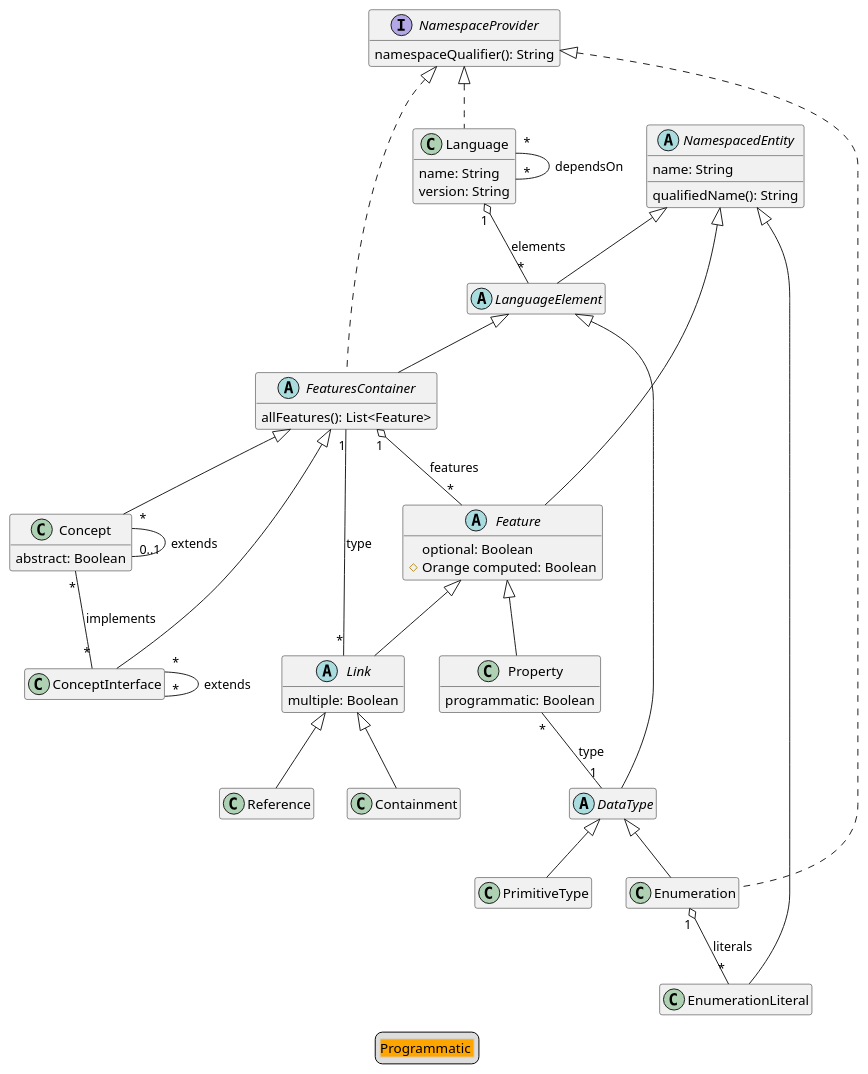
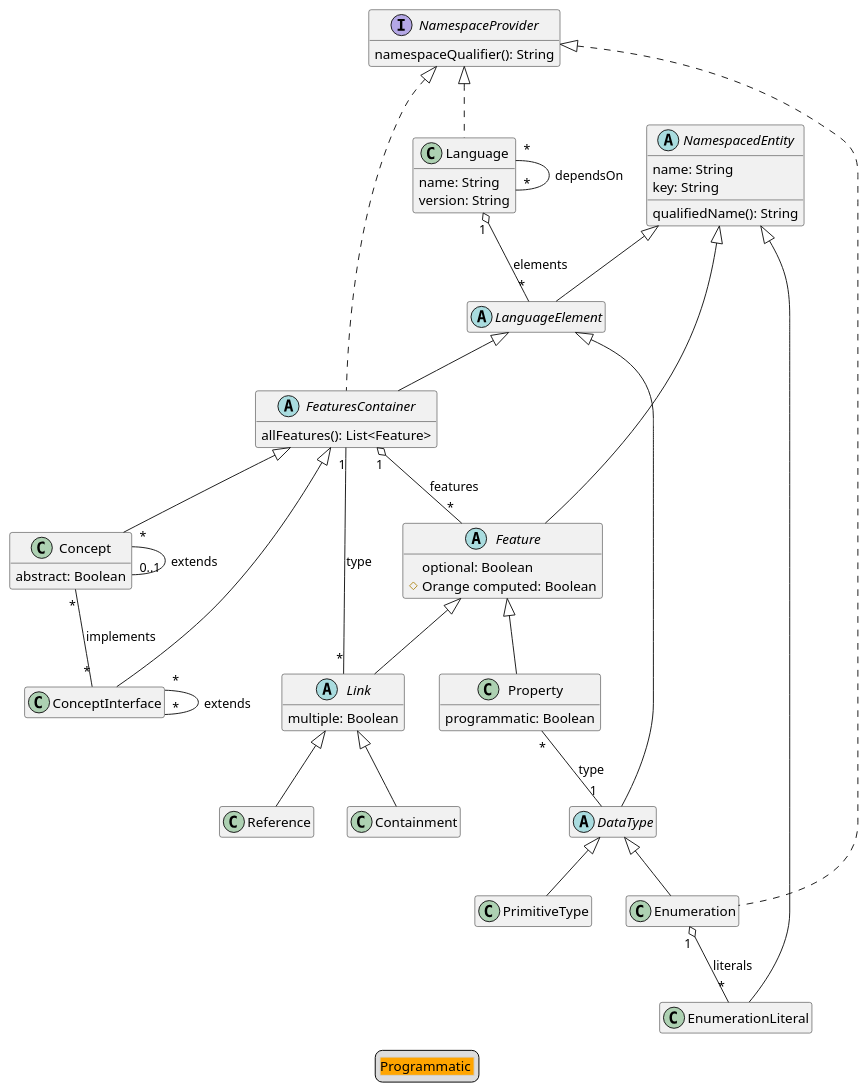
The diagram in diagrams/metametamodel-gen.puml (LionWeb-io/lionweb-typescript), drawn with PlantUML before and after one commit. The commit also changed 7 other files, not shown here.

```diff
--- a/diagrams/metametamodel-gen.puml
+++ b/diagrams/metametamodel-gen.puml
@@ -1,84 +1,85 @@
 @startuml
 hide empty members
 
 ' qualified name: "LIonCore.M3"
 
 
 class Concept extends FeaturesContainer {
   abstract: Boolean
 }
 
 class ConceptInterface extends FeaturesContainer
 
 class Containment extends Link
 
 abstract class DataType extends LanguageElement
 
 class Enumeration extends DataType implements NamespaceProvider
 
 class EnumerationLiteral extends NamespacedEntity
 
 abstract class Feature extends NamespacedEntity {
   optional: Boolean
   #Orange computed: Boolean
 }
 
 abstract class FeaturesContainer extends LanguageElement implements NamespaceProvider {
   allFeatures(): List<Feature>
 }
 
 class Language implements NamespaceProvider {
   name: String
   version: String
 }
 
 abstract class LanguageElement extends NamespacedEntity
 
 abstract class Link extends Feature {
   multiple: Boolean
 }
 
 interface NamespaceProvider {
   namespaceQualifier(): String
 }
 
 abstract class NamespacedEntity {
   name: String
+  key: String
   qualifiedName(): String
 }
 
 class PrimitiveType extends DataType
 
 class Property extends Feature {
   programmatic: Boolean
 }
 
 class Reference extends Link
 
 
 
 ' relations:
 
 Concept "*" -- "0..1" Concept: extends
 Concept "*" -- "*" ConceptInterface: implements
 ConceptInterface "*" -- "*" ConceptInterface: extends
 
 
 Enumeration "1" o-- "*" EnumerationLiteral: literals
 
 
 FeaturesContainer "1" o-- "*" Feature: features
 Language "1" o-- "*" LanguageElement: elements
 Language "*" -- "*" Language: dependsOn
 
 Link "*" -- "1" FeaturesContainer: type
 
 
 
 Property "*" -- "1" DataType: type
 
 
 legend
   <#LightGray,#LightGray>| <#Orange>Programmatic |
 end legend
 @enduml
```
